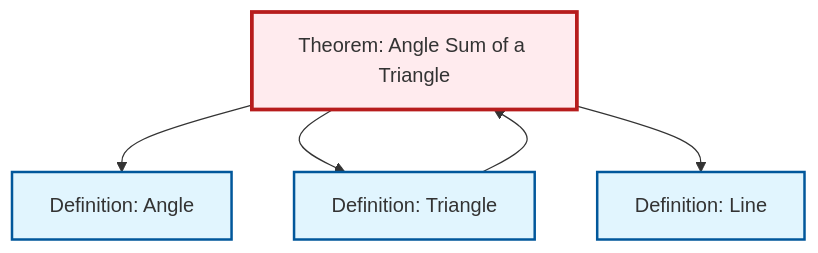
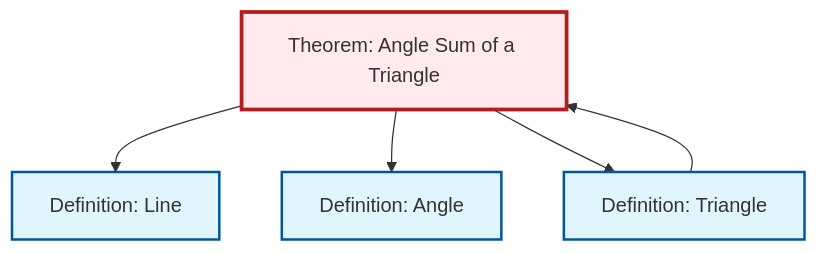
Before and after one commit to RK0429/ModernMath: the diagram in output/mermaid/thm-angle-sum-triangle.mermaid, drawn with Mermaid. The commit also changed other lines of this file and 1120 other files, not shown here.

````diff
--- a/output/mermaid/thm-angle-sum-triangle.mermaid
+++ b/output/mermaid/thm-angle-sum-triangle.mermaid
@@ -1,18 +1,18 @@
 ```{mermaid}
 %%| fig-cap: "Local dependency graph"
 graph TD
     classDef definition fill:#e1f5fe,stroke:#01579b,stroke-width:2px
     classDef theorem fill:#f3e5f5,stroke:#4a148c,stroke-width:2px
     classDef axiom fill:#fff3e0,stroke:#e65100,stroke-width:2px
     classDef example fill:#e8f5e9,stroke:#1b5e20,stroke-width:2px
     classDef current fill:#ffebee,stroke:#b71c1c,stroke-width:3px
+    thm-angle-sum-triangle["Theorem: Angle Sum of a Triangle"]:::theorem
     def-line["Definition: Line"]:::definition
-    thm-angle-sum-triangle["Theorem: Angle Sum of a Triangle"]:::theorem
     def-triangle["Definition: Triangle"]:::definition
     def-angle["Definition: Angle"]:::definition
+    thm-angle-sum-triangle --> def-line
+    def-triangle --> thm-angle-sum-triangle
     thm-angle-sum-triangle --> def-angle
     thm-angle-sum-triangle --> def-triangle
-    thm-angle-sum-triangle --> def-line
-    def-triangle --> thm-angle-sum-triangle
     class thm-angle-sum-triangle current
 ```
````
